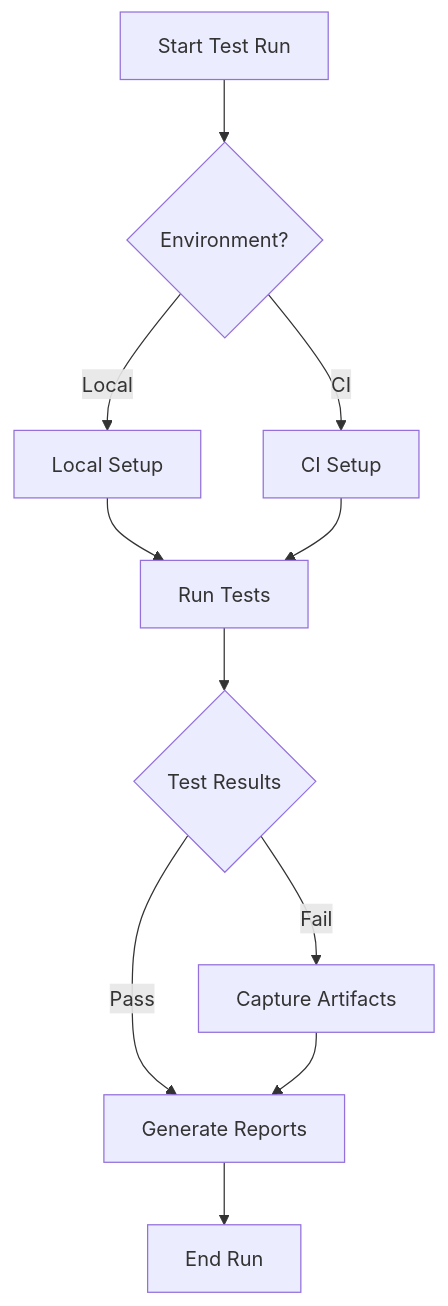
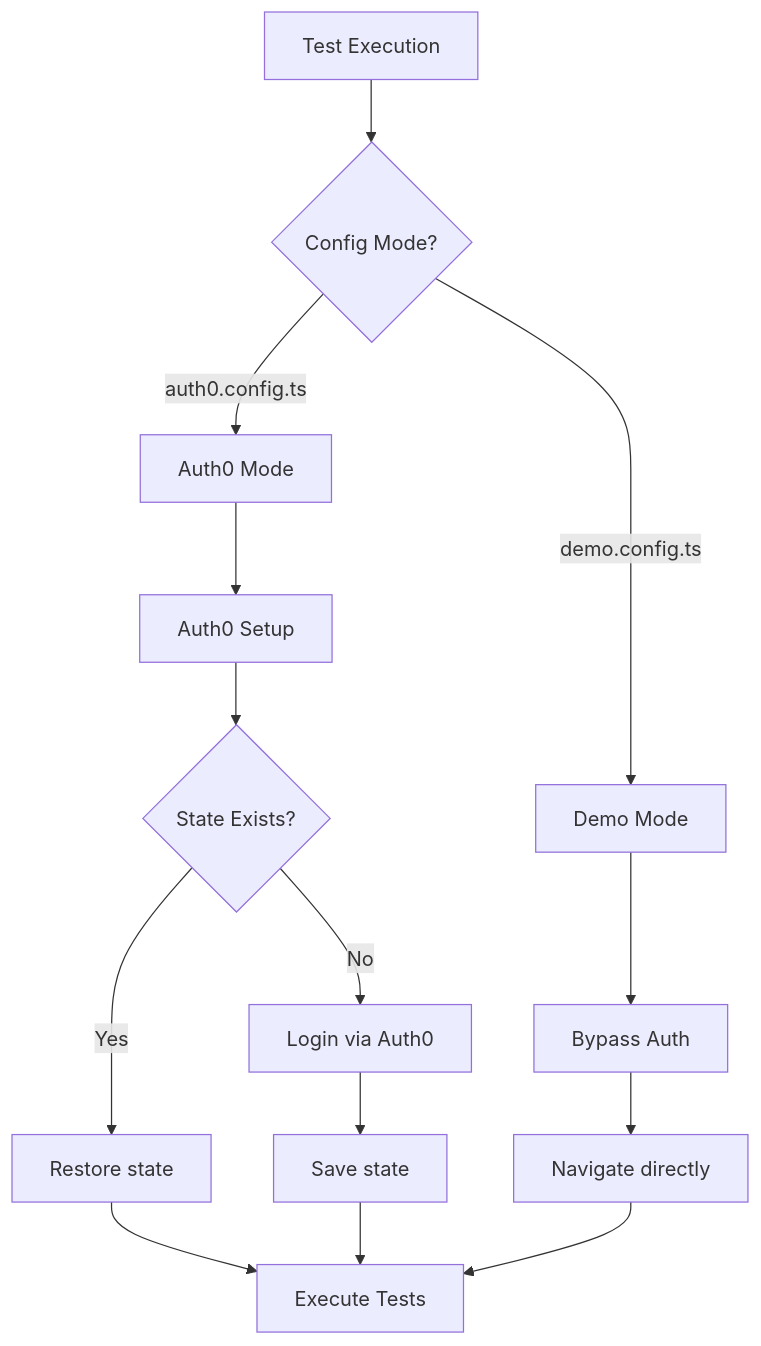
The diagram in docs/e2e.md (mariobrusarosco/best-shot), drawn with Mermaid before and after one commit. The commit also changed other lines of this file and 2 other files, not shown here.

Commit message:
feat: overhaul E2E testing with new Playwright architecture, dedicated test suites, and updated documentation.

````diff
--- a/docs/e2e.md
+++ b/docs/e2e.md
@@ -401,13 +123,18 @@
 ```mermaid
 flowchart TD
-    A[Start Test Run] --> B{Environment?}
-    B -->|Local| C[Local Setup]
-    B -->|CI| D[CI Setup]
-    C --> E[Run Tests]
-    D --> E
-    E --> F{Test Results}
-    F -->|Pass| G[Generate Reports]
-    F -->|Fail| H[Capture Artifacts]
-    H --> G
-    G --> I[End Run]
+    A[Test Execution] --> B{Config Mode?}
+    B -->|demo.config.ts| C[Demo Mode]
+    B -->|auth0.config.ts| D[Auth0 Mode]
+    
+    C --> E[Bypass Auth]
+    E --> F[Navigate directly]
+    
+    D --> G[Auth0 Setup]
+    G --> H{State Exists?}
+    H -->|Yes| I[Restore state]
+    H -->|No| J[Login via Auth0]
+    J --> K[Save state]
+    I --> L[Execute Tests]
+    K --> L
+    F --> L
 ```
````
